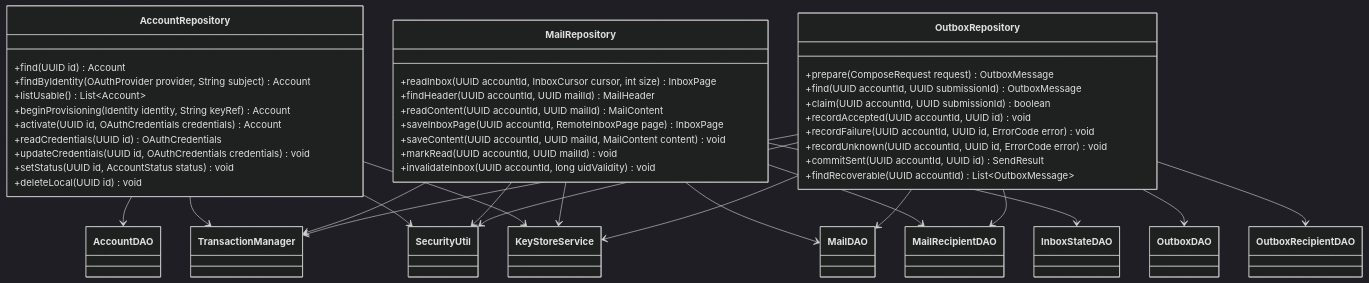
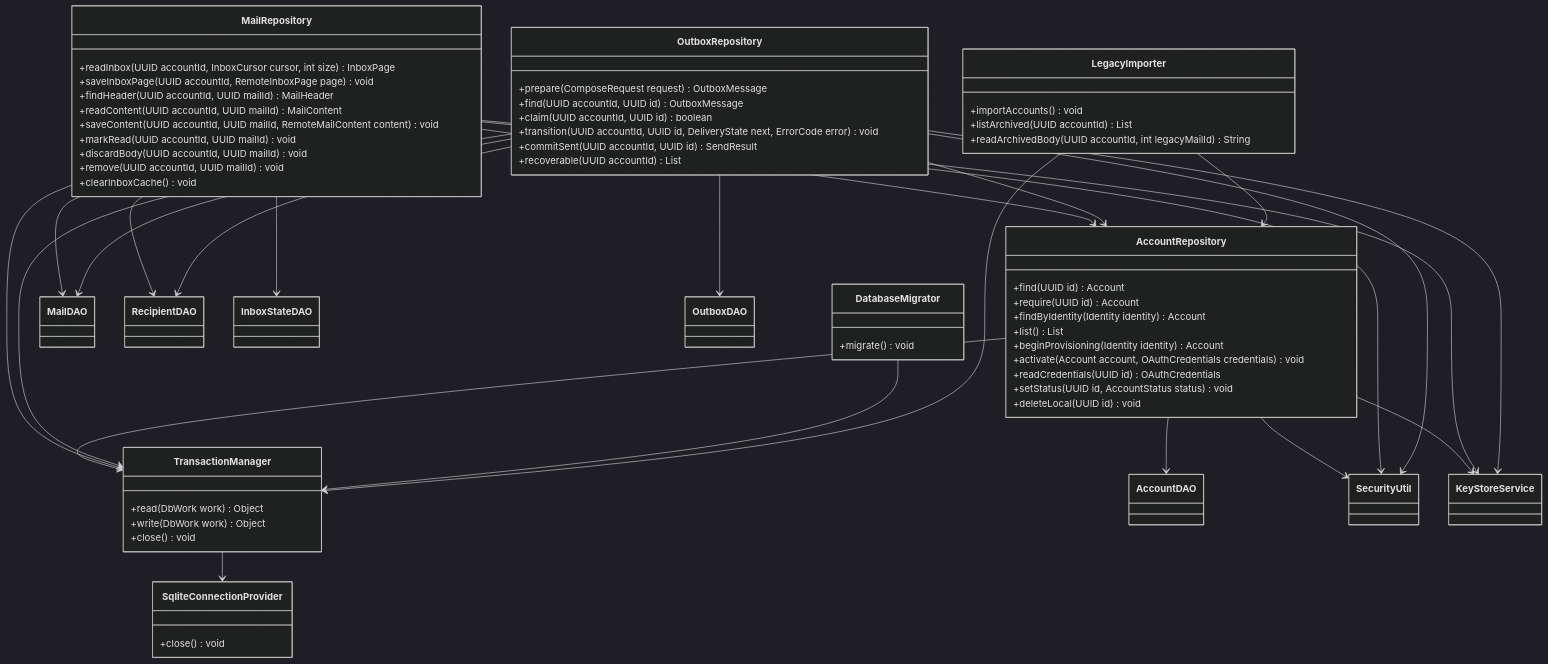
Before and after one commit to JuanPablo72000/evermail: the diagram in docs/arquitectura/diagramas/uml-repositories.md, drawn with Mermaid (dark theme). The commit also changed other lines of this file and 25 other files, not shown here.

````diff
--- a/docs/arquitectura/diagramas/uml-repositories.md
+++ b/docs/arquitectura/diagramas/uml-repositories.md
@@ -5,50 +5,71 @@
 ```mermaid
 classDiagram
     class AccountRepository {
         +find(UUID id) Account
-        +findByIdentity(OAuthProvider provider, String subject) Account
-        +listUsable() List~Account~
-        +beginProvisioning(Identity identity, String keyRef) Account
-        +activate(UUID id, OAuthCredentials credentials) Account
+        +require(UUID id) Account
+        +findByIdentity(Identity identity) Account
+        +list() List
+        +beginProvisioning(Identity identity) Account
+        +activate(Account account, OAuthCredentials credentials) void
         +readCredentials(UUID id) OAuthCredentials
-        +updateCredentials(UUID id, OAuthCredentials credentials) void
         +setStatus(UUID id, AccountStatus status) void
         +deleteLocal(UUID id) void
     }
     class MailRepository {
         +readInbox(UUID accountId, InboxCursor cursor, int size) InboxPage
+        +saveInboxPage(UUID accountId, RemoteInboxPage page) void
         +findHeader(UUID accountId, UUID mailId) MailHeader
         +readContent(UUID accountId, UUID mailId) MailContent
-        +saveInboxPage(UUID accountId, RemoteInboxPage page) InboxPage
-        +saveContent(UUID accountId, UUID mailId, MailContent content) void
+        +saveContent(UUID accountId, UUID mailId, RemoteMailContent content) void
         +markRead(UUID accountId, UUID mailId) void
-        +invalidateInbox(UUID accountId, long uidValidity) void
+        +discardBody(UUID accountId, UUID mailId) void
+        +remove(UUID accountId, UUID mailId) void
+        +clearInboxCache() void
     }
     class OutboxRepository {
         +prepare(ComposeRequest request) OutboxMessage
-        +find(UUID accountId, UUID submissionId) OutboxMessage
-        +claim(UUID accountId, UUID submissionId) boolean
-        +recordAccepted(UUID accountId, UUID id) void
-        +recordFailure(UUID accountId, UUID id, ErrorCode error) void
-        +recordUnknown(UUID accountId, UUID id, ErrorCode error) void
+        +find(UUID accountId, UUID id) OutboxMessage
+        +claim(UUID accountId, UUID id) boolean
+        +transition(UUID accountId, UUID id, DeliveryState next, ErrorCode error) void
         +commitSent(UUID accountId, UUID id) SendResult
-        +findRecoverable(UUID accountId) List~OutboxMessage~
+        +recoverable(UUID accountId) List
+    }
+    class TransactionManager {
+        +read(DbWork work) Object
+        +write(DbWork work) Object
+        +close() void
+    }
+    class SqliteConnectionProvider {
+        +close() void
+    }
+    class DatabaseMigrator {
+        +migrate() void
+    }
+    class LegacyImporter {
+        +importAccounts() void
+        +listArchived(UUID accountId) List
+        +readArchivedBody(UUID accountId, int legacyMailId) String
     }
     AccountRepository --> AccountDAO
     MailRepository --> MailDAO
-    MailRepository --> MailRecipientDAO
+    MailRepository --> RecipientDAO
     MailRepository --> InboxStateDAO
     OutboxRepository --> OutboxDAO
-    OutboxRepository --> OutboxRecipientDAO
     OutboxRepository --> MailDAO
-    OutboxRepository --> MailRecipientDAO
+    OutboxRepository --> RecipientDAO
+    MailRepository --> AccountRepository
+    OutboxRepository --> AccountRepository
     AccountRepository --> TransactionManager
+    MailRepository --> TransactionManager
+    OutboxRepository --> TransactionManager
+    TransactionManager --> SqliteConnectionProvider
+    DatabaseMigrator --> TransactionManager
+    LegacyImporter --> TransactionManager
+    LegacyImporter --> AccountRepository
     AccountRepository --> SecurityUtil
+    MailRepository --> SecurityUtil
+    OutboxRepository --> SecurityUtil
     AccountRepository --> KeyStoreService
-    MailRepository --> TransactionManager
-    MailRepository --> SecurityUtil
     MailRepository --> KeyStoreService
-    OutboxRepository --> TransactionManager
-    OutboxRepository --> SecurityUtil
     OutboxRepository --> KeyStoreService
 ```
````
